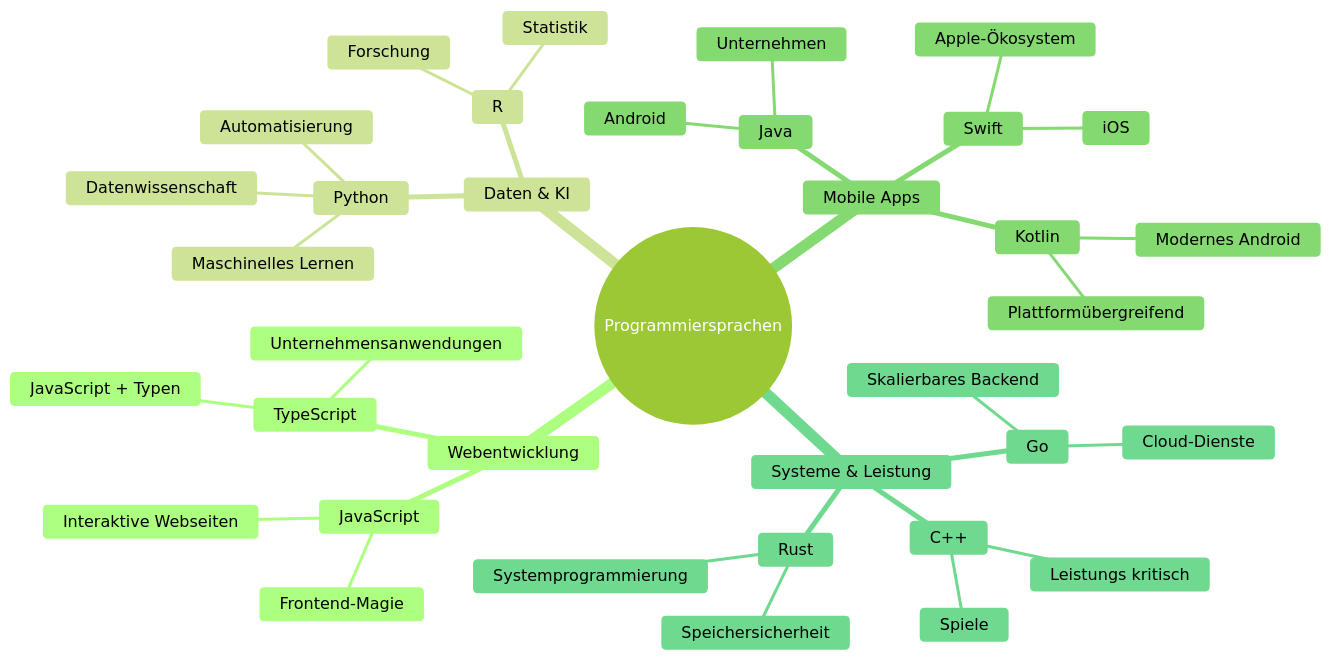
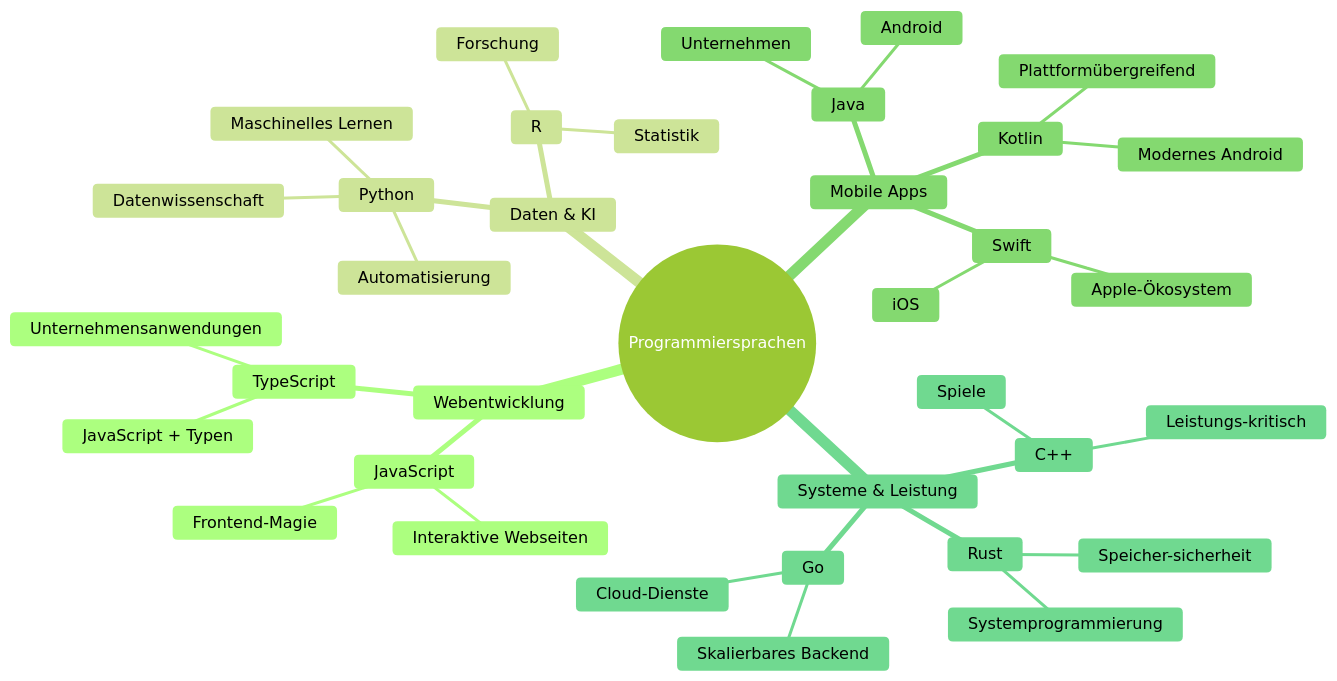
The second of 7 diagrams in translations/de/1-getting-started-lessons/1-intro-to-programming-languages/README.md (microsoft/Web-Dev-For-Beginners), drawn with Mermaid (forest theme) before and after one commit. The commit also changed other lines of this file and 8 other files, not shown here.

````diff
--- a/translations/de/1-getting-started-lessons/1-intro-to-programming-languages/README.md
+++ b/translations/de/1-getting-started-lessons/1-intro-to-programming-languages/README.md
@@ -84,39 +85,39 @@
 ```mermaid
 mindmap
   root((Programmiersprachen))
     Webentwicklung
       JavaScript
         Frontend-Magie
         Interaktive Webseiten
       TypeScript
         JavaScript + Typen
         Unternehmensanwendungen
     Daten & KI
       Python
         Datenwissenschaft
         Maschinelles Lernen
         Automatisierung
       R
         Statistik
         Forschung
     Mobile Apps
       Java
         Android
         Unternehmen
       Swift
         iOS
         Apple-Ökosystem
       Kotlin
         Modernes Android
         Plattformübergreifend
     Systeme & Leistung
       C++
         Spiele
-        Leistungs kritisch
+        Leistungs-kritisch
       Rust
-        Speichersicherheit
+        Speicher-sicherheit
         Systemprogrammierung
       Go
         Cloud-Dienste
         Skalierbares Backend
 ```
````
